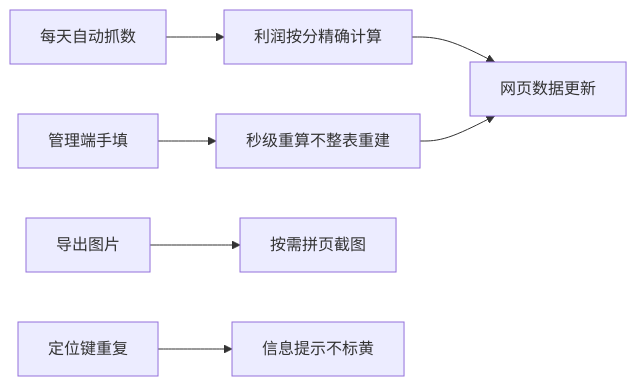
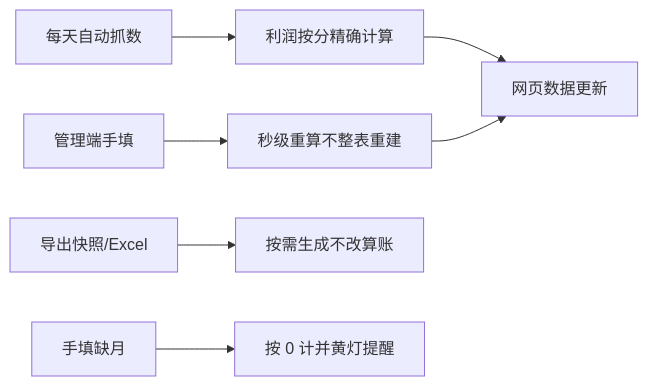
One commit to EvanLee2004/BI changed the diagram in docs/设计图/附_小白版运行逻辑图.mmd. Above: the diagram before and after it, drawn with Mermaid. The commit also changed 61 other files, not shown here.

First line of the commit message:
docs(3.7.7): 全量对齐现网文档与配图

```diff
--- a/docs/设计图/附_小白版运行逻辑图.mmd
+++ b/docs/设计图/附_小白版运行逻辑图.mmd
@@ -1,8 +1,8 @@
-%% 小白版运行逻辑 v2.2.0 stage66
+%% 小白版运行逻辑 · VERSION 3.7.7 · 2026-08-03
 flowchart LR
   A[每天自动抓数] --> B[利润按分精确计算]
   B --> C[网页数据更新]
   D[管理端手填] --> E[秒级重算不整表重建]
   E --> C
-  F[导出图片] --> G[按需拼页截图]
-  H[定位键重复] --> I[信息提示不标黄]
+  F[导出快照/Excel] --> G[按需生成不改算账]
+  H[手填缺月] --> I[按 0 计并黄灯提醒]
```
